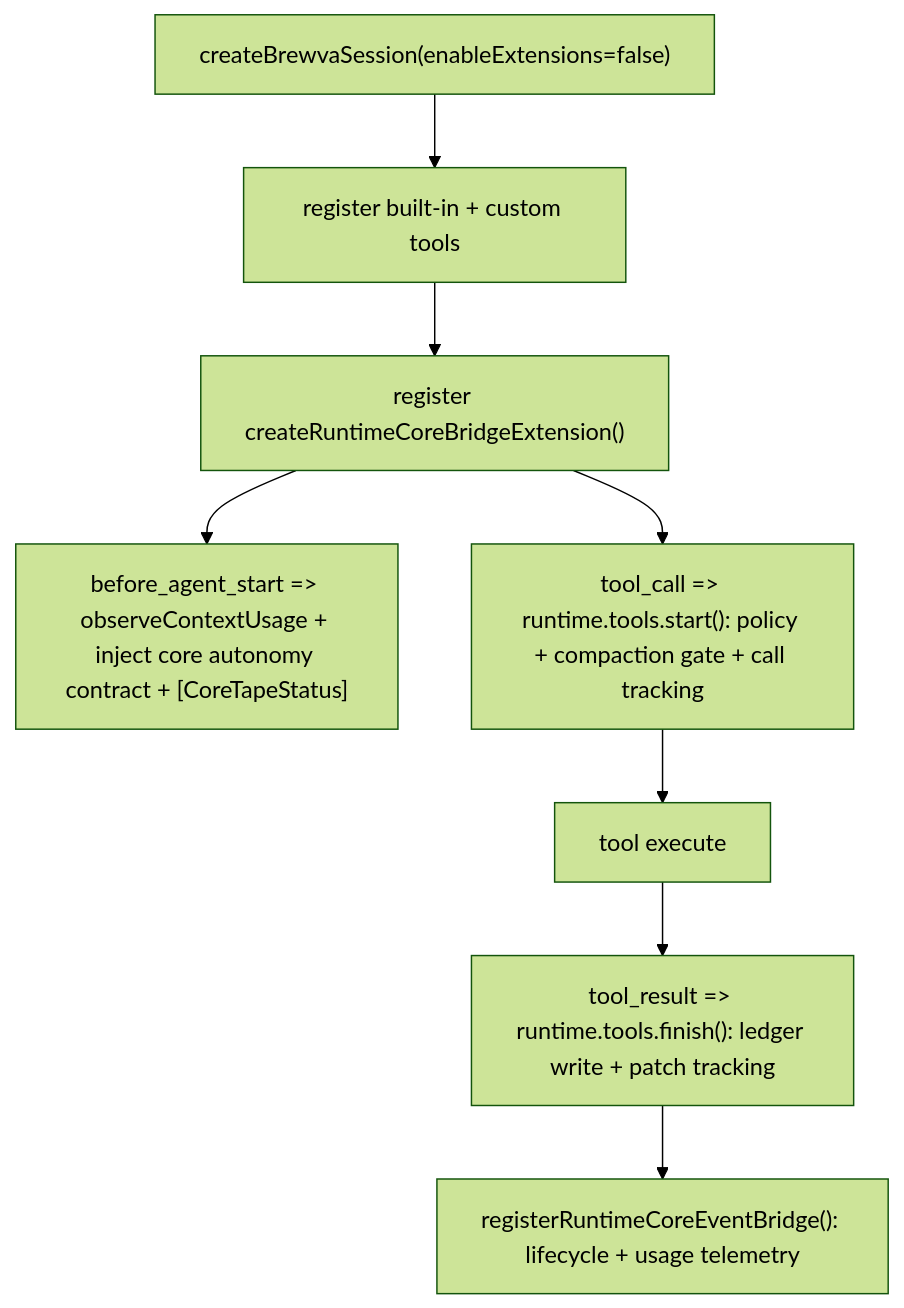
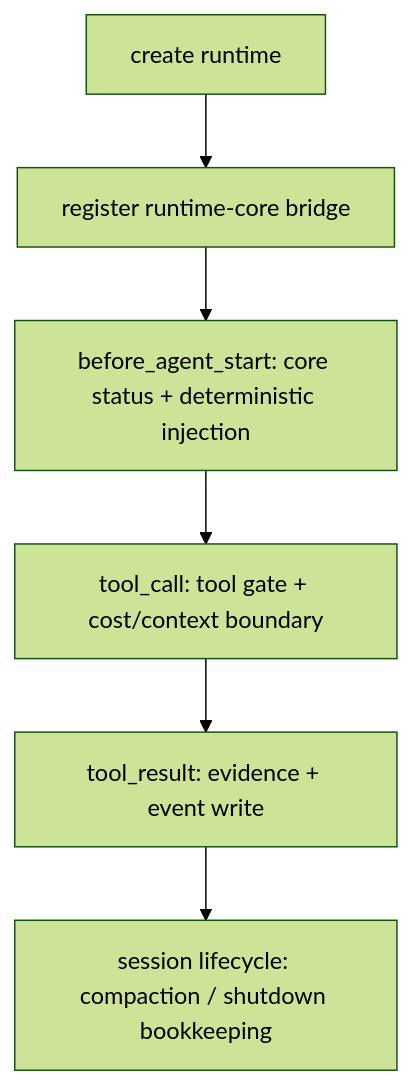
Before and after one commit to arcthur/brewva: the second of 6 diagrams in docs/architecture/control-and-data-flow.md, drawn with Mermaid (forest theme). The commit also changed other lines of this file and 174 other files, not shown here.

````diff
--- a/docs/architecture/control-and-data-flow.md
+++ b/docs/architecture/control-and-data-flow.md
@@ -43,10 +30,8 @@
 ```mermaid
 flowchart TD
-  A["createBrewvaSession(enableExtensions=false)"] --> B["register built-in + custom tools"]
-  B --> C["register createRuntimeCoreBridgeExtension()"]
-  C --> C2["before_agent_start => observeContextUsage + inject core autonomy contract + [CoreTapeStatus]"]
-  C --> D["tool_call => runtime.tools.start(): policy + compaction gate + call tracking"]
-  D --> E["tool execute"]
-  E --> F["tool_result => runtime.tools.finish(): ledger write + patch tracking"]
-  F --> G["registerRuntimeCoreEventBridge(): lifecycle + usage telemetry"]
+  A["create runtime"] --> B["register runtime-core bridge"]
+  B --> C["before_agent_start: core status + deterministic injection"]
+  C --> D["tool_call: tool gate + cost/context boundary"]
+  D --> E["tool_result: evidence + event write"]
+  E --> F["session lifecycle: compaction / shutdown bookkeeping"]
 ```
````
